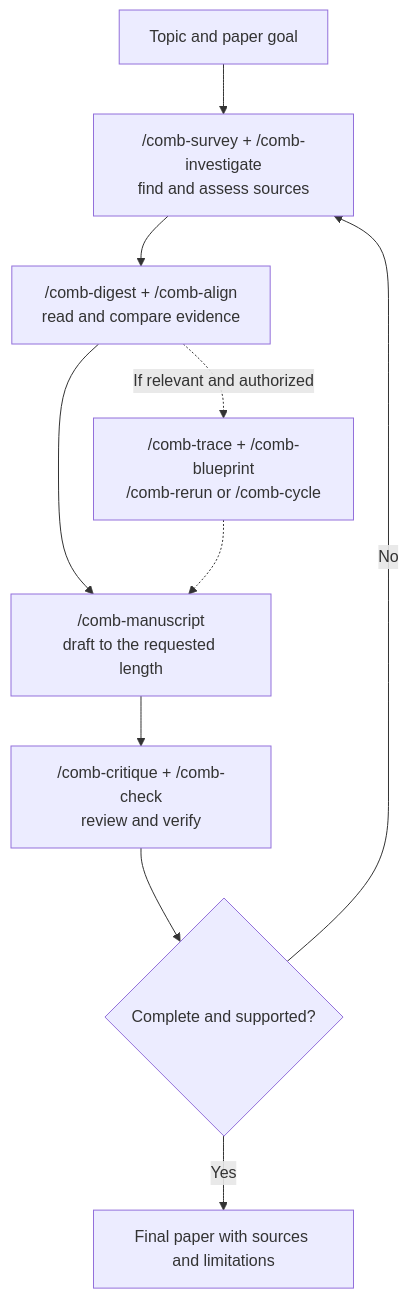
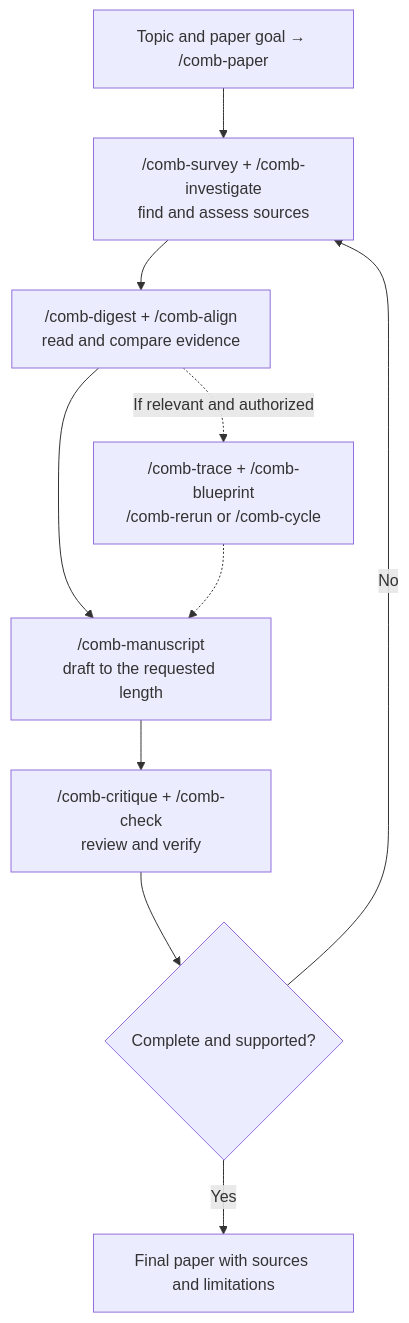
Before and after one commit to diaznakh/ResearchComb: the diagram in README.md, drawn with Mermaid. The commit also changed other lines of this file and 9 other files, not shown here.

````diff
--- a/README.md
+++ b/README.md
@@ -137,12 +138,12 @@
 ```mermaid
 flowchart TD
-    A["Topic and paper goal"] --> B["/comb-survey + /comb-investigate<br/>find and assess sources"]
+    A["Topic and paper goal → /comb-paper"] --> B["/comb-survey + /comb-investigate<br/>find and assess sources"]
     B --> C["/comb-digest + /comb-align<br/>read and compare evidence"]
     C --> D["/comb-manuscript<br/>draft to the requested length"]
     D --> E["/comb-critique + /comb-check<br/>review and verify"]
     E --> F{"Complete and supported?"}
     F -- No --> B
     F -- Yes --> G["Final paper with sources and limitations"]
     C -. "If relevant and authorized" .-> H["/comb-trace + /comb-blueprint<br/>/comb-rerun or /comb-cycle"]
     H -.-> D
 ```
````
